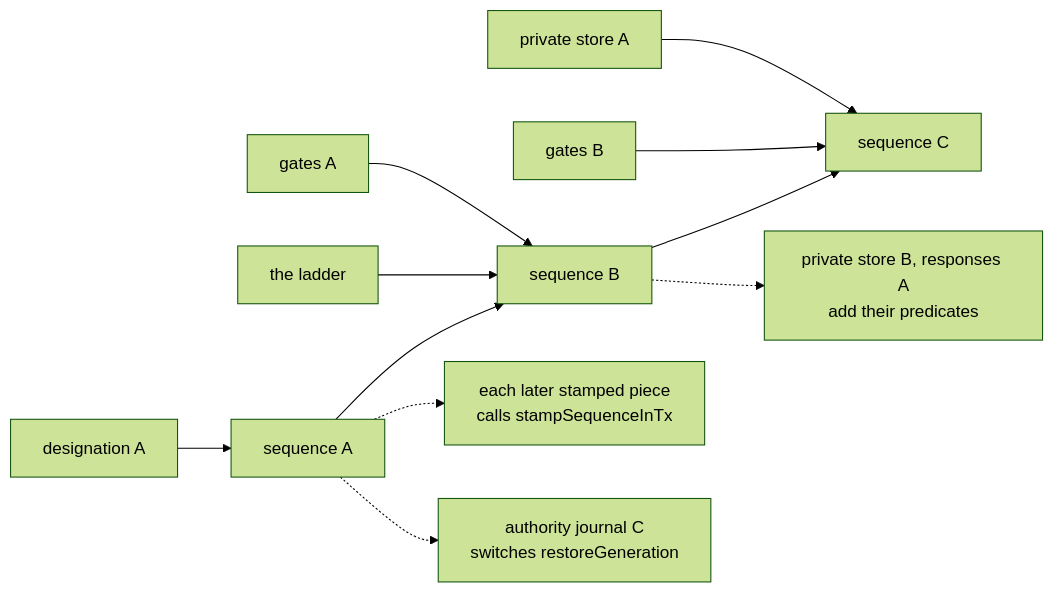
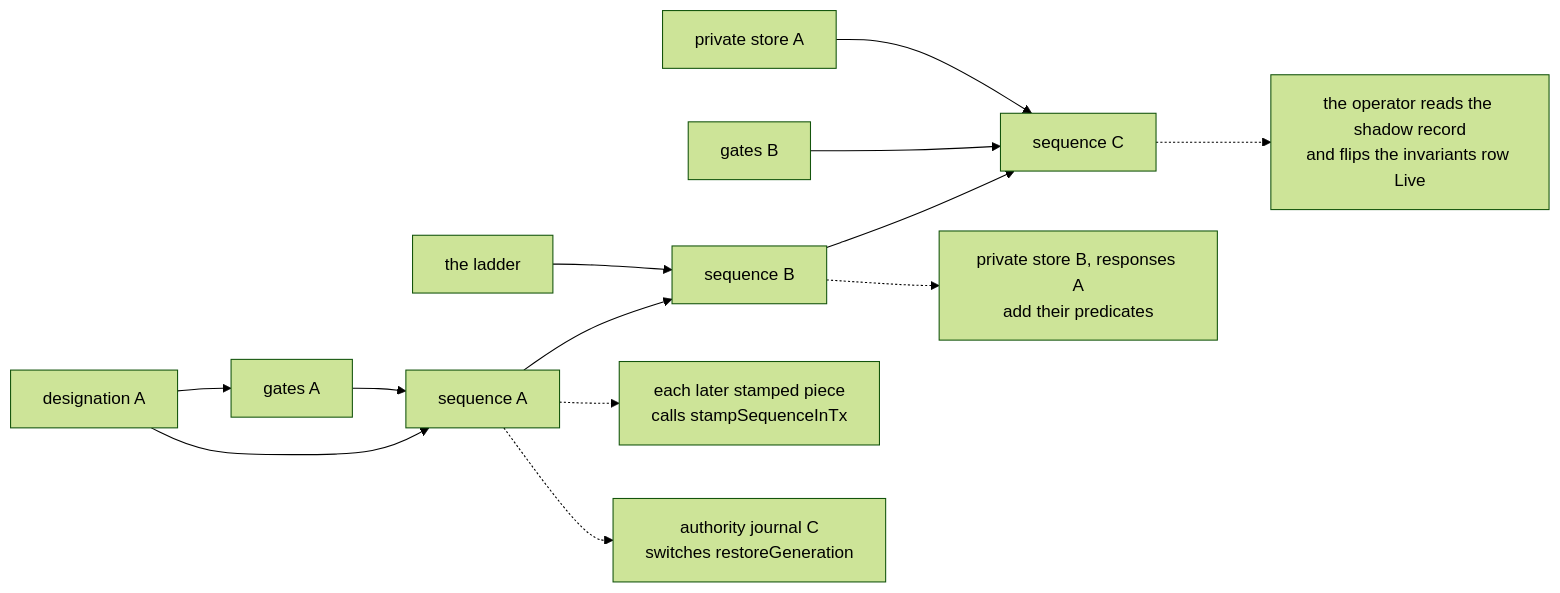
One commit to Synapsium-Labs/ccrc-pwa changed the second of 2 diagrams in docs/superpowers/plans/2026-11-14-overlord-w1/w1-sequence-monitor.md. Above: the diagram before and after it, drawn with Mermaid (forest theme). The commit also changed other lines of this file, not shown here.

First line of the commit message:
docs(plan): sequence and monitor, fix round 1 (review 2170)

````diff
--- a/docs/superpowers/plans/2026-11-14-overlord-w1/w1-sequence-monitor.md
+++ b/docs/superpowers/plans/2026-11-14-overlord-w1/w1-sequence-monitor.md
@@ -387,13 +462,15 @@
 ```mermaid
 flowchart LR
-  DA["designation A"] --> SQA["sequence A"]
+  DA["designation A"] --> GA["gates A"]
+  DA --> SQA["sequence A"]
+  GA --> SQA
   SQA --> SQB["sequence B"]
   LD["the ladder"] --> SQB
-  GA["gates A"] --> SQB
   SQB --> SQC["sequence C"]
   GB["gates B"] --> SQC
   PSA["private store A"] --> SQC
   SQA -.-> LATER["each later stamped piece<br/>calls stampSequenceInTx"]
   SQB -.-> PRED["private store B, responses A<br/>add their predicates"]
   SQA -.-> AJC["authority journal C<br/>switches restoreGeneration"]
+  SQC -.-> ARM["the operator reads the shadow record<br/>and flips the invariants row Live"]
 ```
````
